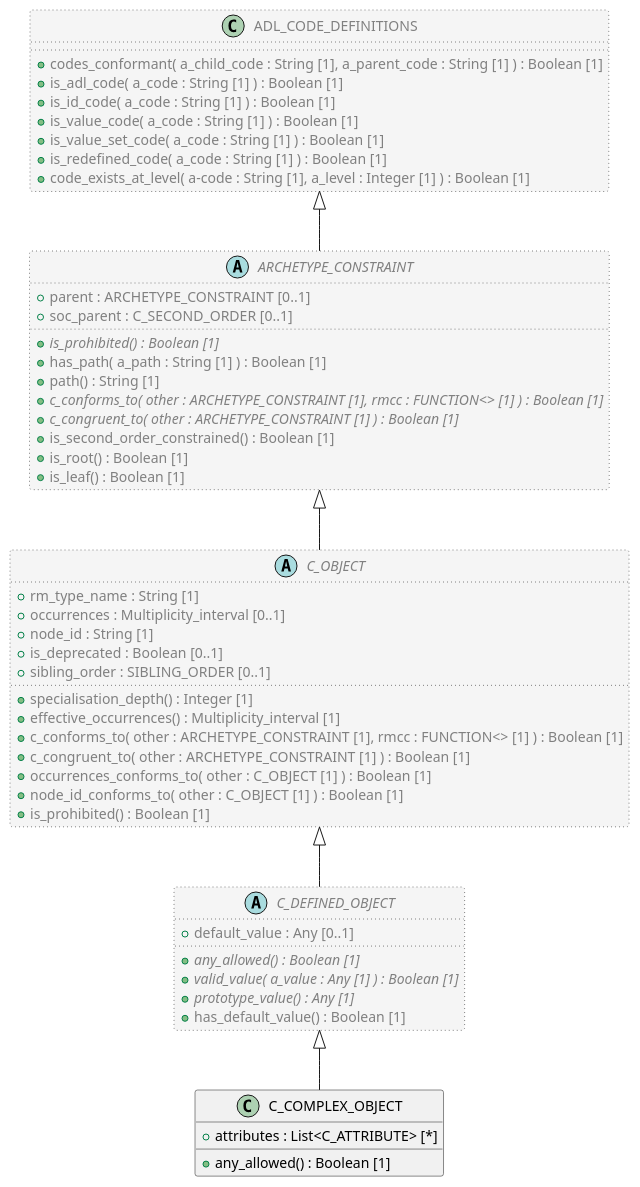
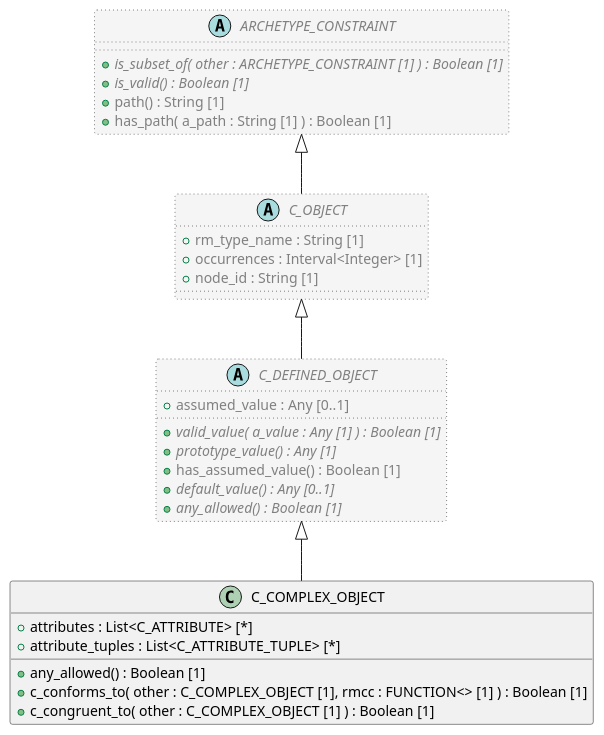
One commit to sebastian-iancu/code-generator changed the diagram in code/Adoc/openehr_am_2.3.0/plantUML/classes/org.openehr.am.aom2.c_complex_object.adoc. Above: the diagram before and after it, drawn with PlantUML. The commit also changed 1228 other files, not shown here.

```diff
--- a/code/Adoc/openehr_am_2.3.0/plantUML/classes/org.openehr.am.aom2.c_complex_object.adoc
+++ b/code/Adoc/openehr_am_2.3.0/plantUML/classes/org.openehr.am.aom2.c_complex_object.adoc
@@ -1,66 +1,43 @@
 [plantuml,C_COMPLEX_OBJECT,format=svg,svg-type="inline"]
 -----
 @startuml
 
 class C_COMPLEX_OBJECT {
   + attributes : List<C_ATTRIBUTE> [*]
+  + attribute_tuples : List<C_ATTRIBUTE_TUPLE> [*]
   + any_allowed() : Boolean [1]
+  + c_conforms_to( other : C_COMPLEX_OBJECT [1], rmcc : FUNCTION<> [1] ) : Boolean [1]
+  + c_congruent_to( other : C_COMPLEX_OBJECT [1] ) : Boolean [1]
 }
 
 abstract class C_DEFINED_OBJECT  #whitesmoke;line:gray;line.dotted;text:gray {
-  + default_value : Any [0..1]
-  + {abstract} any_allowed() : Boolean [1]
+  + assumed_value : Any [0..1]
   + {abstract} valid_value( a_value : Any [1] ) : Boolean [1]
   + {abstract} prototype_value() : Any [1]
-  + has_default_value() : Boolean [1]
+  + has_assumed_value() : Boolean [1]
+  + {abstract} default_value() : Any [0..1]
+  + {abstract} any_allowed() : Boolean [1]
 }
 
 abstract class C_OBJECT  #whitesmoke;line:gray;line.dotted;text:gray {
   + rm_type_name : String [1]
-  + occurrences : Multiplicity_interval [0..1]
+  + occurrences : Interval<Integer> [1]
   + node_id : String [1]
-  + is_deprecated : Boolean [0..1]
-  + sibling_order : SIBLING_ORDER [0..1]
-  + specialisation_depth() : Integer [1]
-  + effective_occurrences() : Multiplicity_interval [1]
-  + c_conforms_to( other : ARCHETYPE_CONSTRAINT [1], rmcc : FUNCTION<> [1] ) : Boolean [1]
-  + c_congruent_to( other : ARCHETYPE_CONSTRAINT [1] ) : Boolean [1]
-  + occurrences_conforms_to( other : C_OBJECT [1] ) : Boolean [1]
-  + node_id_conforms_to( other : C_OBJECT [1] ) : Boolean [1]
-  + is_prohibited() : Boolean [1]
 }
 
 abstract class ARCHETYPE_CONSTRAINT  #whitesmoke;line:gray;line.dotted;text:gray {
-  + parent : ARCHETYPE_CONSTRAINT [0..1]
-  + soc_parent : C_SECOND_ORDER [0..1]
-  + {abstract} is_prohibited() : Boolean [1]
+  + {abstract} is_subset_of( other : ARCHETYPE_CONSTRAINT [1] ) : Boolean [1]
+  + {abstract} is_valid() : Boolean [1]
+  + path() : String [1]
   + has_path( a_path : String [1] ) : Boolean [1]
-  + path() : String [1]
-  + {abstract} c_conforms_to( other : ARCHETYPE_CONSTRAINT [1], rmcc : FUNCTION<> [1] ) : Boolean [1]
-  + {abstract} c_congruent_to( other : ARCHETYPE_CONSTRAINT [1] ) : Boolean [1]
-  + is_second_order_constrained() : Boolean [1]
-  + is_root() : Boolean [1]
-  + is_leaf() : Boolean [1]
 }
-
-class ADL_CODE_DEFINITIONS  #whitesmoke;line:gray;line.dotted;text:gray {
-  + codes_conformant( a_child_code : String [1], a_parent_code : String [1] ) : Boolean [1]
-  + is_adl_code( a_code : String [1] ) : Boolean [1]
-  + is_id_code( a_code : String [1] ) : Boolean [1]
-  + is_value_code( a_code : String [1] ) : Boolean [1]
-  + is_value_set_code( a_code : String [1] ) : Boolean [1]
-  + is_redefined_code( a_code : String [1] ) : Boolean [1]
-  + code_exists_at_level( a-code : String [1], a_level : Integer [1] ) : Boolean [1]
-}
-
-ADL_CODE_DEFINITIONS <|-- ARCHETYPE_CONSTRAINT
 
 ARCHETYPE_CONSTRAINT <|-- C_OBJECT
 
 C_OBJECT <|-- C_DEFINED_OBJECT
 
 C_DEFINED_OBJECT <|-- C_COMPLEX_OBJECT
 
 
 @enduml
 -----
```
